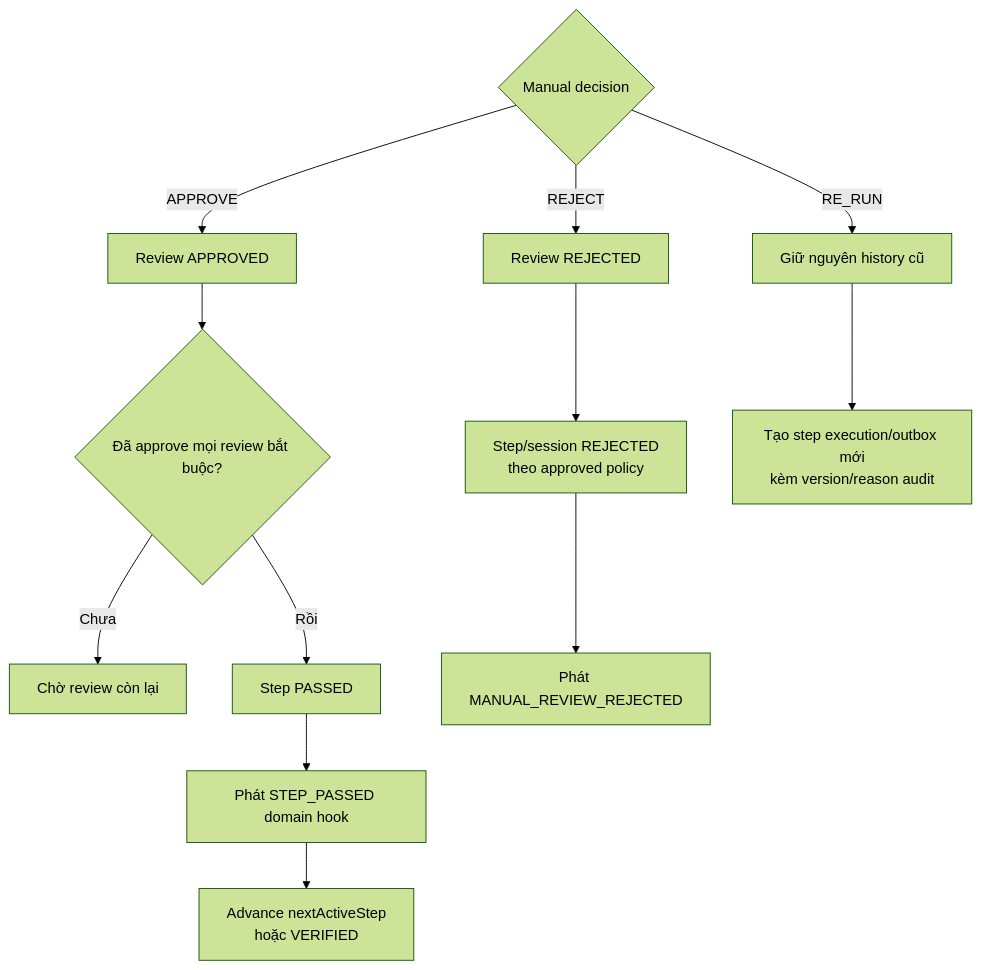
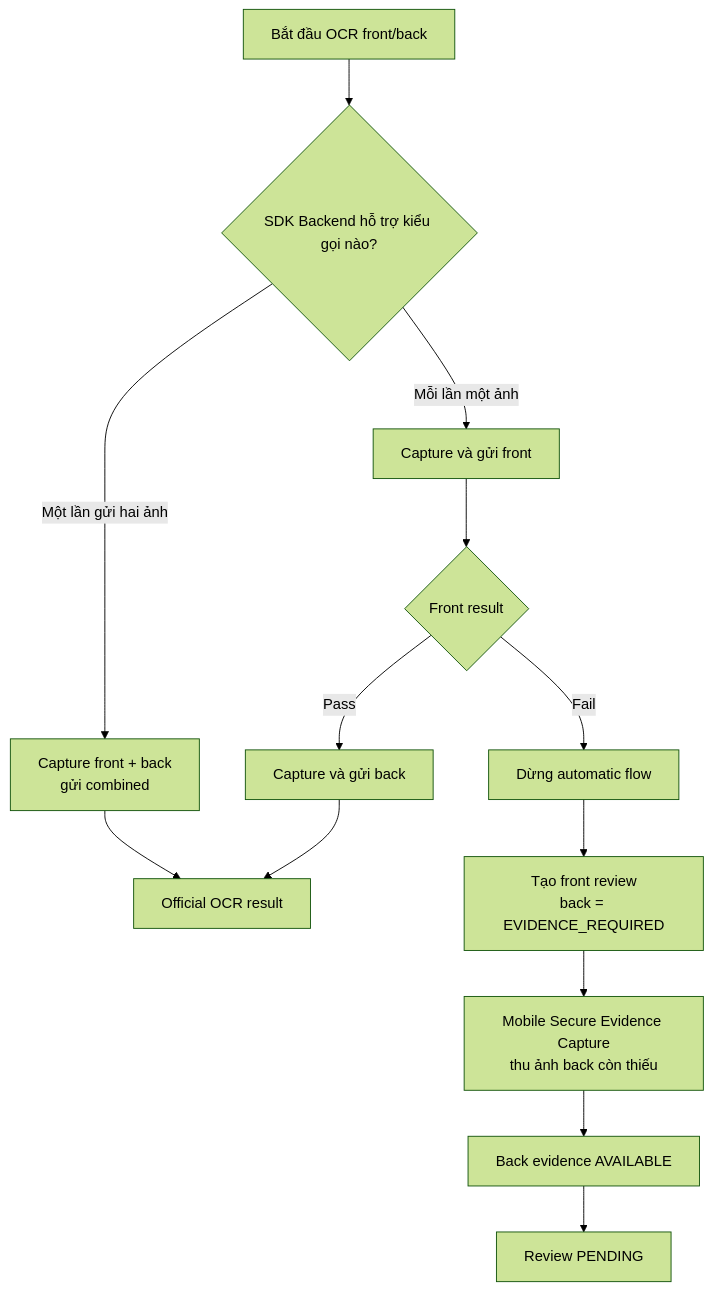
One commit to huynv-xyz/vhm changed the third of 6 diagrams in tdd2.md. Above: the diagram before and after it, drawn with Mermaid (forest theme). The commit also changed other lines of this file, not shown here.

````diff
--- a/tdd2.md
+++ b/tdd2.md
@@ -1148,15 +183,15 @@
 ```mermaid
 flowchart TD
-    ACTION{"Manual decision"}
-    ACTION -->|APPROVE| APPROVED["Review APPROVED"]
-    APPROVED --> ALL{"Đã approve mọi review bắt buộc?"}
-    ALL -->|Chưa| WAIT["Chờ review còn lại"]
-    ALL -->|Rồi| PASSED["Step PASSED"]
-    PASSED --> HOOK["Phát STEP_PASSED domain hook"]
-    HOOK --> ADVANCE["Advance nextActiveStep<br/>hoặc VERIFIED"]
-    ACTION -->|REJECT| REJECTED["Review REJECTED"]
-    REJECTED --> TERMINAL["Step/session REJECTED<br/>theo approved policy"]
-    TERMINAL --> REJECT_EVENT["Phát MANUAL_REVIEW_REJECTED"]
-    ACTION -->|RE_RUN| HISTORY["Giữ nguyên history cũ"]
-    HISTORY --> RERUN["Tạo step execution/outbox mới<br/>kèm version/reason audit"]
+    START["Bắt đầu OCR front/back"] --> MODE{"SDK Backend hỗ trợ kiểu gọi nào?"}
+    MODE -->|Một lần gửi hai ảnh| COMBINED["Capture front + back<br/>gửi combined"]
+    COMBINED --> RESULT["Official OCR result"]
+    MODE -->|Mỗi lần một ảnh| FRONT["Capture và gửi front"]
+    FRONT --> FRONT_RESULT{"Front result"}
+    FRONT_RESULT -->|Pass| BACK["Capture và gửi back"]
+    BACK --> RESULT
+    FRONT_RESULT -->|Fail| STOP["Dừng automatic flow"]
+    STOP --> REVIEW["Tạo front review<br/>back = EVIDENCE_REQUIRED"]
+    REVIEW --> MOBILE["Mobile Secure Evidence Capture<br/>thu ảnh back còn thiếu"]
+    MOBILE --> AVAILABLE["Back evidence AVAILABLE"]
+    AVAILABLE --> QUEUE["Review PENDING"]
 ```
````
